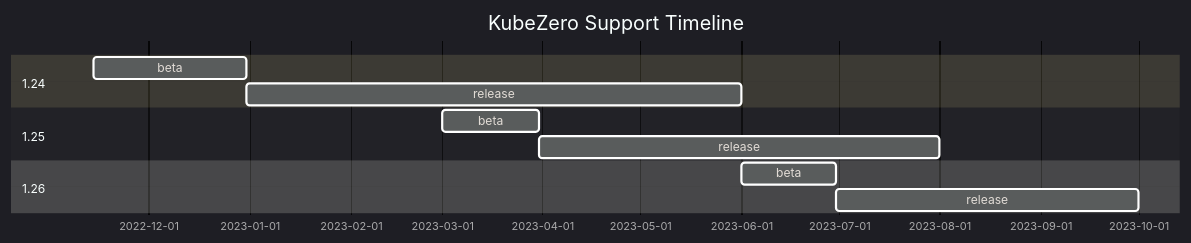
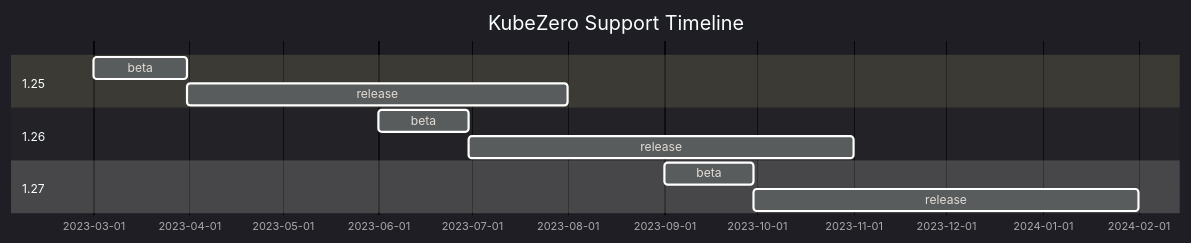
The diagram in README.md (Zero-Down-Time/kubezero), drawn with Mermaid before and after one commit. The commit also changed other lines of this file, not shown here.

````diff
--- a/README.md
+++ b/README.md
@@ -26,15 +26,15 @@
 ```mermaid
 %%{init: {'theme':'dark'}}%%
 gantt
     title KubeZero Support Timeline
     dateFormat  YYYY-MM-DD
-    section 1.24
-    beta     :124b, 2022-11-14, 2022-12-31
-    release  :after 124b, 2023-06-01
     section 1.25
     beta     :125b, 2023-03-01, 2023-03-31
     release  :after 125b, 2023-08-01
     section 1.26
     beta     :126b, 2023-06-01, 2023-06-30
-    release  :after 126b, 2023-10-01
+    release  :after 126b, 2023-11-01
+    section 1.27
+    beta     :127b, 2023-09-01, 2023-09-30
+    release  :after 127b, 2024-02-01
 ```
````
